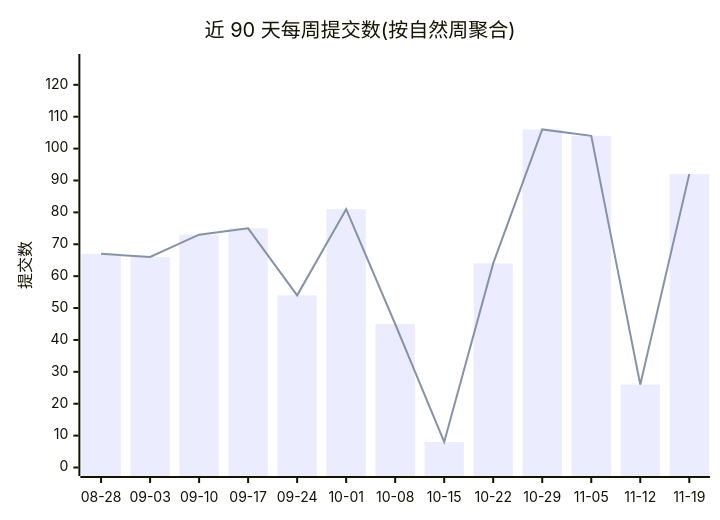
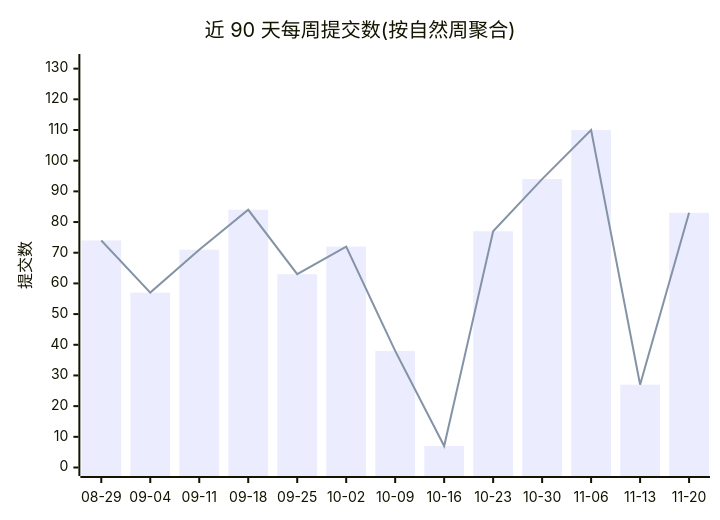
The first of 2 diagrams in profile/README.md (Conflux-Union/.github), drawn with Mermaid before and after one commit. The commit also changed other lines of this file and 1 other file, not shown here.

Commit message:
chore(stats): refresh org commit stats

````diff
--- a/profile/README.md
+++ b/profile/README.md
@@ -47,8 +47,8 @@
 ```mermaid
 xychart-beta
     title "近 90 天每周提交数(按自然周聚合)"
-    x-axis ["08-28", "09-03", "09-10", "09-17", "09-24", "10-01", "10-08", "10-15", "10-22", "10-29", "11-05", "11-12", "11-19"]
-    y-axis "提交数" 0 --> 127
-    bar [67, 66, 73, 75, 54, 81, 45, 8, 64, 106, 104, 26, 92]
-    line [67, 66, 73, 75, 54, 81, 45, 8, 64, 106, 104, 26, 92]
+    x-axis ["08-29", "09-04", "09-11", "09-18", "09-25", "10-02", "10-09", "10-16", "10-23", "10-30", "11-06", "11-13", "11-20"]
+    y-axis "提交数" 0 --> 132
+    bar [74, 57, 71, 84, 63, 72, 38, 7, 77, 94, 110, 27, 83]
+    line [74, 57, 71, 84, 63, 72, 38, 7, 77, 94, 110, 27, 83]
 ```
````
